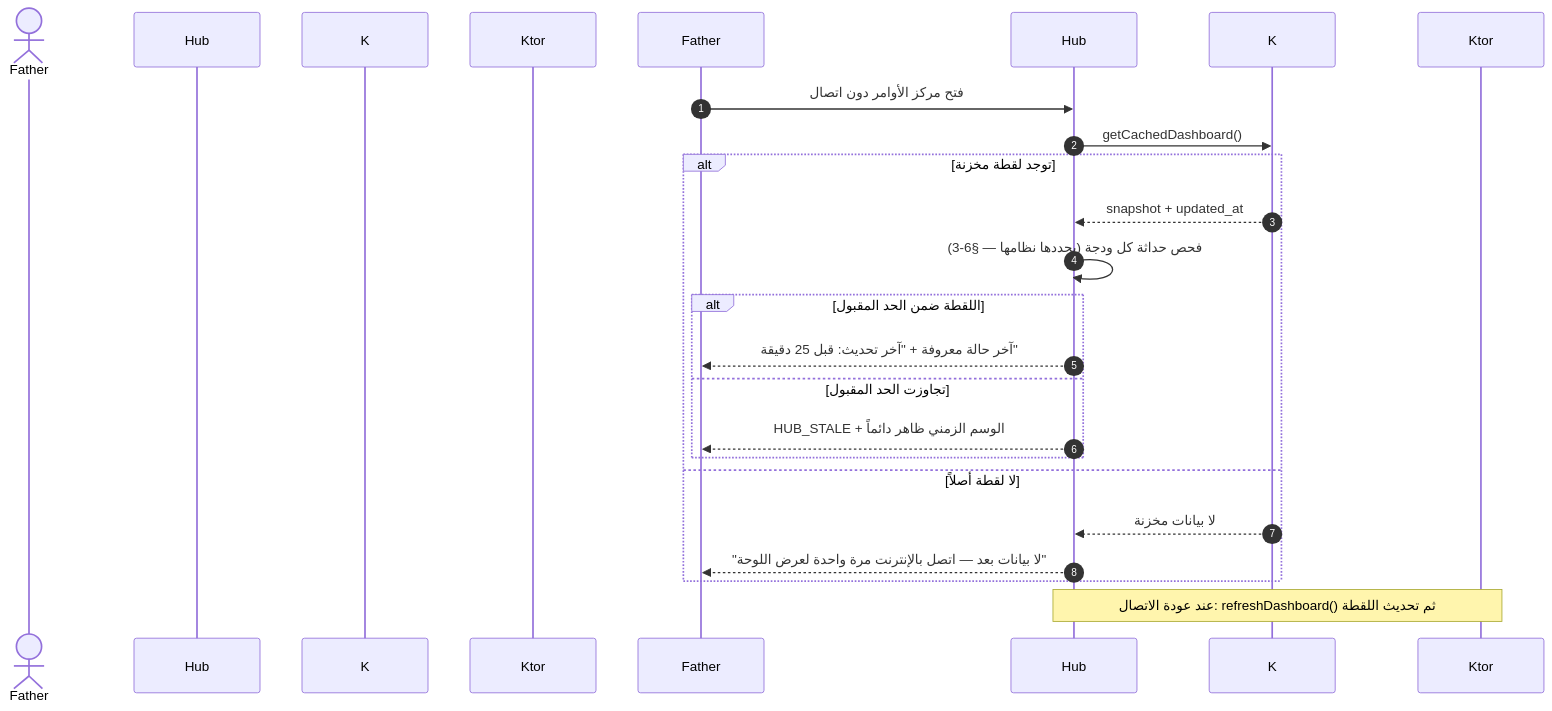
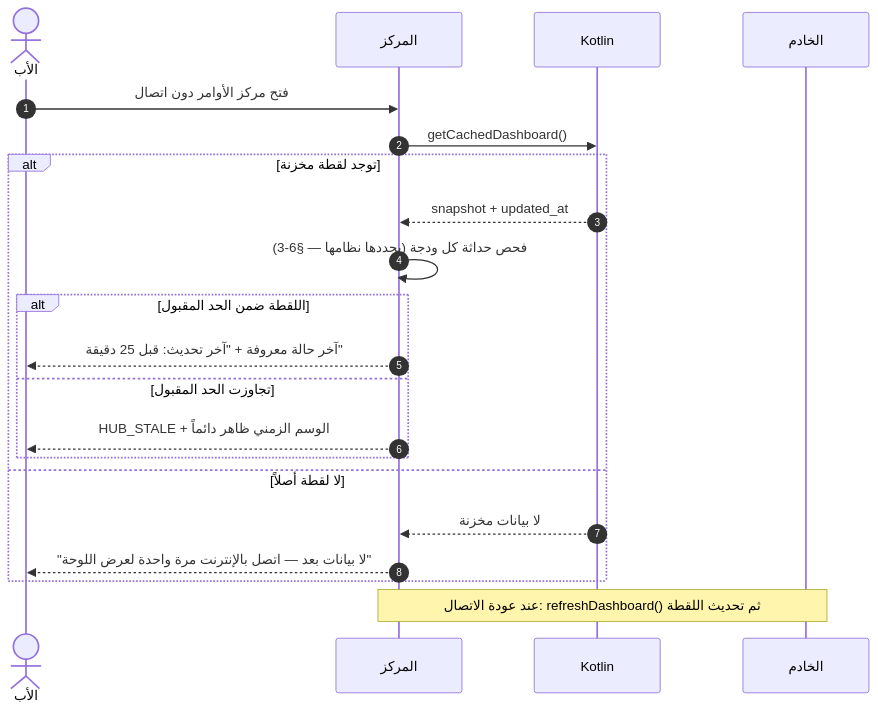
The sixth of 12 diagrams in docs/family-os/governance/phases/phase-1/S1-09-command-center-and-settings/DIAGRAMS.md (Bassam-mohammed-alqaeadi/family-os-v2), drawn with Mermaid before and after one commit. The commit also changed other lines of this file and 10 other files, not shown here.

Commit message:
إغلاق المراجعة الشاملة R1–R5 (Q-196…Q-231) — المخططات DIAGRAMS + خريطة السياق (2/4)

````diff
--- a/docs/family-os/governance/phases/phase-1/S1-09-command-center-and-settings/DIAGRAMS.md
+++ b/docs/family-os/governance/phases/phase-1/S1-09-command-center-and-settings/DIAGRAMS.md
@@ -246,23 +259,23 @@
 ```mermaid
 sequenceDiagram
     autonumber
-    actor الأب as Father
-    participant المركز as Hub
-    participant Kotlin as K
-    participant الخادم as Ktor
+    actor Father as الأب
+    participant Hub as المركز
+    participant K as Kotlin
+    participant Ktor as الخادم
     Father->>Hub: فتح مركز الأوامر دون اتصال
     Hub->>K: getCachedDashboard()
     alt توجد لقطة مخزنة
         K-->>Hub: snapshot + updated_at
         Hub->>Hub: فحص حداثة كل ودجة (يحددها نظامها — §6-3)
         alt اللقطة ضمن الحد المقبول
             Hub-->>Father: آخر حالة معروفة + "آخر تحديث: قبل 25 دقيقة"
         else تجاوزت الحد المقبول
             Hub-->>Father: HUB_STALE + الوسم الزمني ظاهر دائماً
         end
     else لا لقطة أصلاً
         K-->>Hub: لا بيانات مخزنة
         Hub-->>Father: "لا بيانات بعد — اتصل بالإنترنت مرة واحدة لعرض اللوحة"
     end
     Note over Hub,Ktor: عند عودة الاتصال: refreshDashboard() ثم تحديث اللقطة
 ```
````
